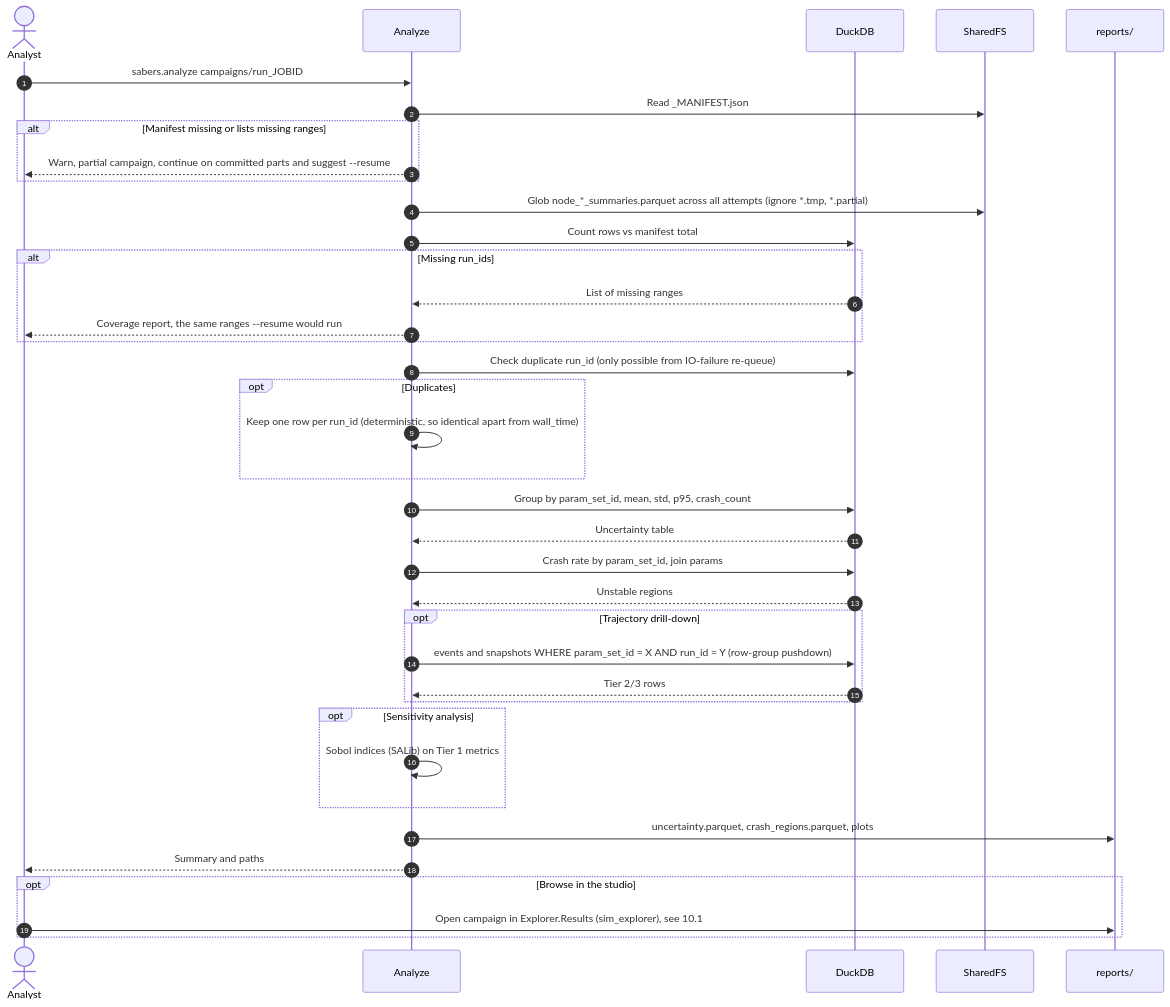
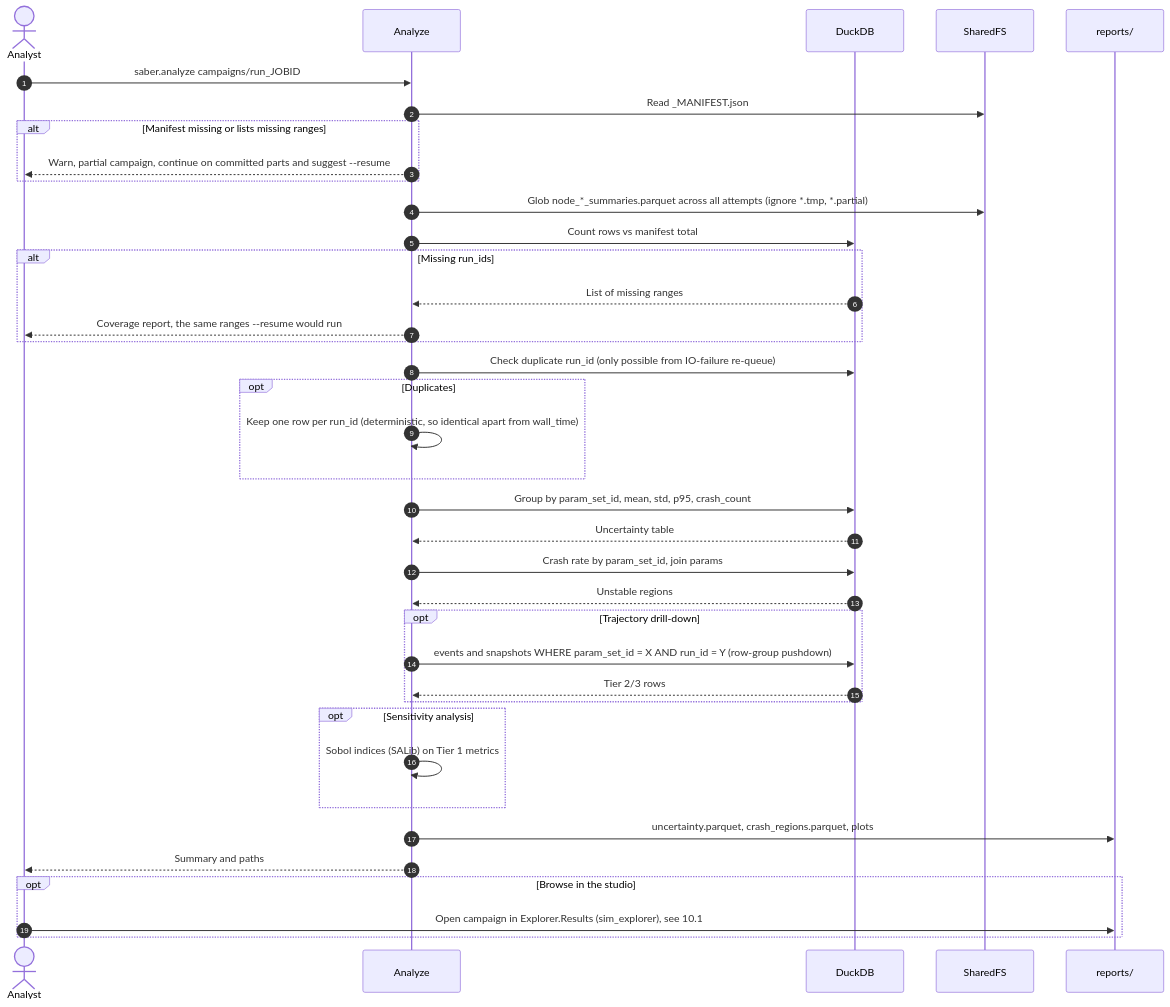
Before and after one commit to Schmiedium/SABER: diagram 15 of 18 in docs/design/sequence-diagrams.md, drawn with Mermaid. The commit also changed other lines of this file and 6 other files, not shown here.

First line of the commit message:
Rename sabers identifiers to saber across the design docs (D18)

````diff
--- a/docs/design/sequence-diagrams.md
+++ b/docs/design/sequence-diagrams.md
@@ -920,41 +920,41 @@
 ```mermaid
 sequenceDiagram
     autonumber
     actor Analyst
     participant Analyze
     participant DuckDB
     participant SharedFS
     participant Out as reports/
 
-    Analyst->>Analyze: sabers.analyze campaigns/run_JOBID
+    Analyst->>Analyze: saber.analyze campaigns/run_JOBID
     Analyze->>SharedFS: Read _MANIFEST.json
     alt Manifest missing or lists missing ranges
         Analyze-->>Analyst: Warn, partial campaign, continue on committed parts and suggest --resume
     end
     Analyze->>SharedFS: Glob node_*_summaries.parquet across all attempts (ignore *.tmp, *.partial)
     Analyze->>DuckDB: Count rows vs manifest total
     alt Missing run_ids
         DuckDB-->>Analyze: List of missing ranges
         Analyze-->>Analyst: Coverage report, the same ranges --resume would run
     end
     Analyze->>DuckDB: Check duplicate run_id (only possible from IO-failure re-queue)
     opt Duplicates
         Analyze->>Analyze: Keep one row per run_id (deterministic, so identical apart from wall_time)
     end
     Analyze->>DuckDB: Group by param_set_id, mean, std, p95, crash_count
     DuckDB-->>Analyze: Uncertainty table
     Analyze->>DuckDB: Crash rate by param_set_id, join params
     DuckDB-->>Analyze: Unstable regions
     opt Trajectory drill-down
         Analyze->>DuckDB: events and snapshots WHERE param_set_id = X AND run_id = Y (row-group pushdown)
         DuckDB-->>Analyze: Tier 2/3 rows
     end
     opt Sensitivity analysis
         Analyze->>Analyze: Sobol indices (SALib) on Tier 1 metrics
     end
     Analyze->>Out: uncertainty.parquet, crash_regions.parquet, plots
     Analyze-->>Analyst: Summary and paths
     opt Browse in the studio
         Analyst->>Out: Open campaign in Explorer.Results (sim_explorer), see 10.1
     end
 ```
````
